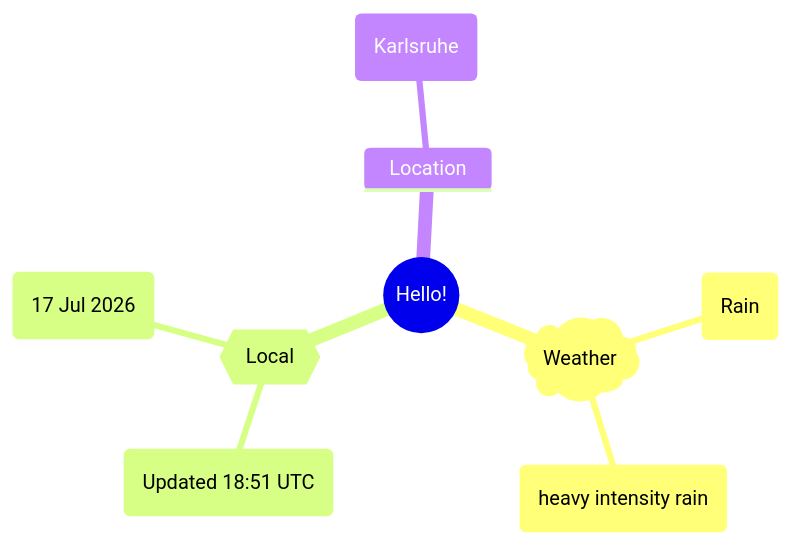
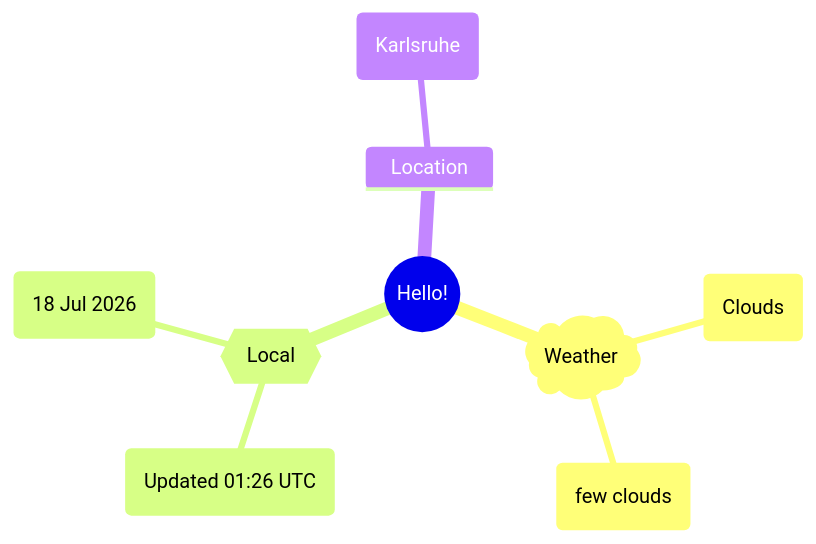
One commit to Xosrov/Xosrov changed the first of 2 diagrams in README.md. Above: the diagram before and after it, drawn with Mermaid.

Commit message:
[bot] updated images

````diff
--- a/README.md
+++ b/README.md
@@ -3,12 +3,12 @@
 ```mermaid
 mindmap
   root((Hello!))
     )Weather(
-        (Rain)
-        (heavy intensity rain)
+        (Clouds)
+        (few clouds)
     {{Local}}
-        (Updated 18:51 UTC)
-        (17 Jul 2026)
+        (Updated 01:26 UTC)
+        (18 Jul 2026)
     Location
         (Karlsruhe)
 ```
````
